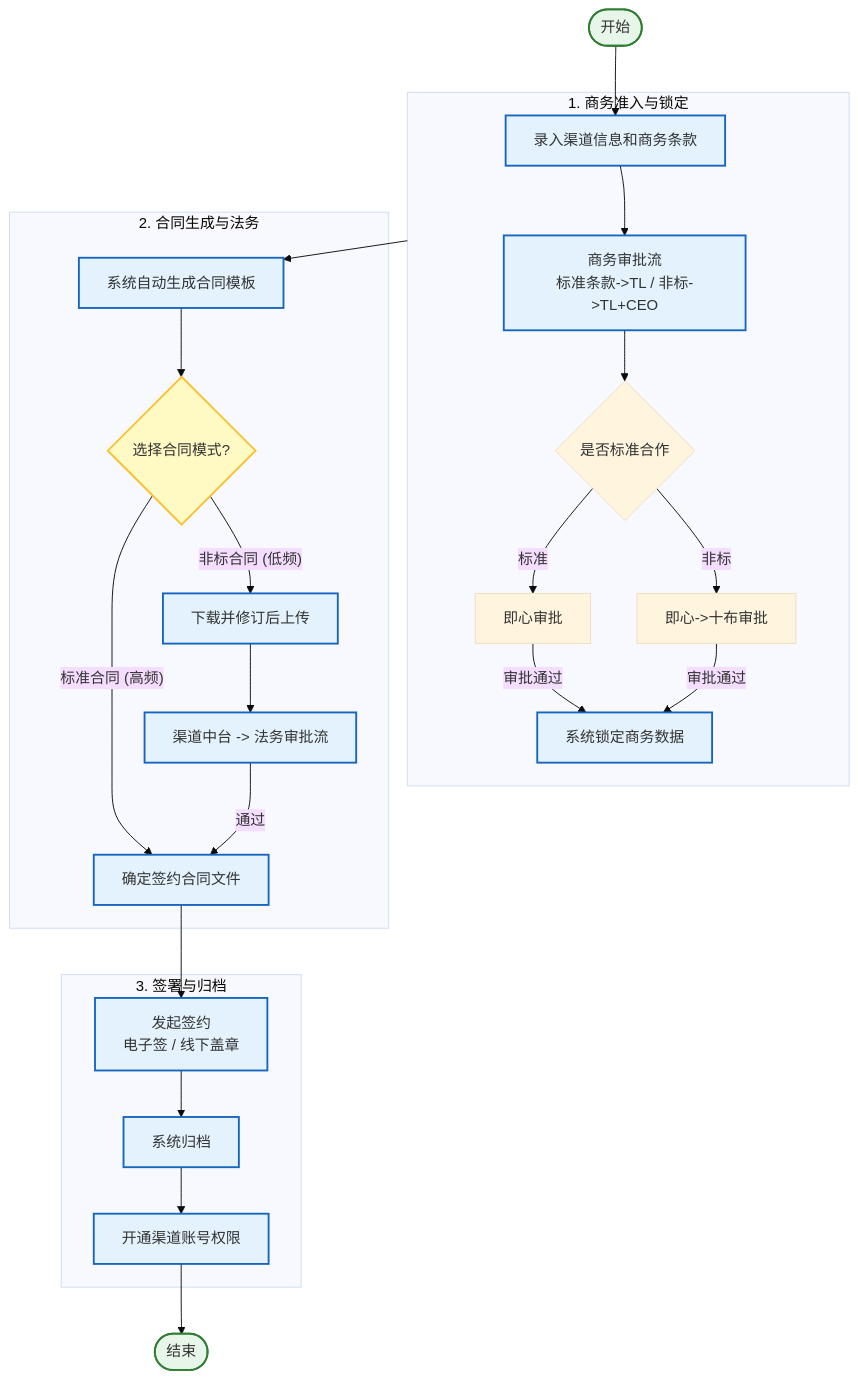
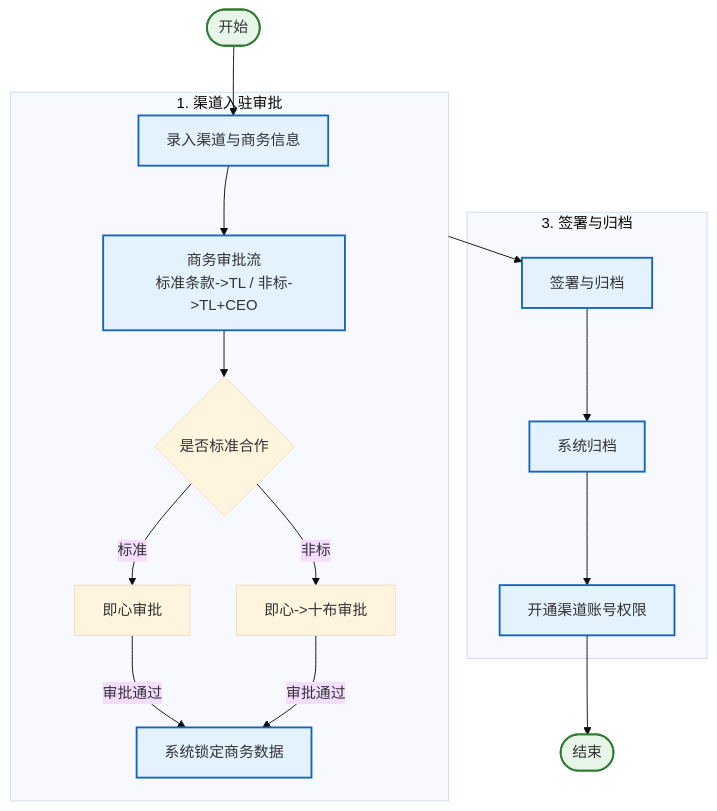
Before and after one commit to njwander/channel-demo: the second of 17 diagrams in docs/渠道管理系统-PRD.md, drawn with Mermaid (base theme). The commit also changed other lines of this file and 4 other files, not shown here.

````diff
--- a/docs/渠道管理系统-PRD.md
+++ b/docs/渠道管理系统-PRD.md
@@ -69,47 +68,33 @@
 ```mermaid
 graph TD
-    Start([开始]) --> Input[录入渠道信息和商务条款]
+    Start([开始]) --> Input[录入渠道与商务信息]
     
-    %% 第一阶段：商务审批
-    subgraph Stage1 [1. 商务准入与锁定]
+    %% 第一阶段：渠道入驻审批
+    subgraph Stage1 [1. 渠道入驻审批]
         Input --> BizApproval[商务审批流<br>标准条款->TL / 非标->TL+CEO]
         BizApproval --> Approval{是否标准合作}
         Approval -- 标准 --> TLApproval[即心审批]
         Approval -- 非标 --> TLCEOApprove[即心->十布审批]
         TLApproval -- 审批通过 --> LockData[系统锁定商务数据]
         TLCEOApprove -- 审批通过 --> LockData[系统锁定商务数据]
     end
 
-    Stage1 --> GenContract[系统自动生成合同模板]
-
-    %% 第二阶段：合同分流
-    subgraph Stage2 [2. 合同生成与法务]
-        GenContract --> CheckType{选择合同模式?}
-        
-        %% 路径 A：标准 (跳过法务)
-        CheckType -- 标准合同 (高频) --> UseStd[确定签约合同文件]
-        
-        %% 路径 B：非标 (法务介入)
-        CheckType -- 非标合同 (低频) --> Modify[下载并修订后上传]
-        Modify --> LegalApprove[渠道中台 -> 法务审批流]
-        LegalApprove -- 通过 --> UseStd
-    end
+    Stage1 --> Sign[签署与归档]
 
     %% 第三阶段：签署
     subgraph Stage3 [3. 签署与归档]
-        UseStd --> Sign[发起签约<br>电子签 / 线下盖章]
         Sign --> Archive[系统归档]
         Archive --> Grant[开通渠道账号权限]
     end
 
     Grant --> End([结束])
 
     %% 样式美化
     classDef process fill:#e3f2fd,stroke:#1565c0,stroke-width:2px;
     classDef decision fill:#fff9c4,stroke:#fbc02d,stroke-width:2px;
     classDef terminator fill:#e8f5e9,stroke:#2e7d32,stroke-width:2px,rx:10,ry:10;
 
-    class Input,BizApproval,LockData,GenContract,UseStd,Modify,LegalApprove,Sign,Archive,Grant process;
+    class Input,BizApproval,LockData,Sign,Archive,Grant process;
     class CheckType decision;
     class Start,End terminator;
 ```
````
